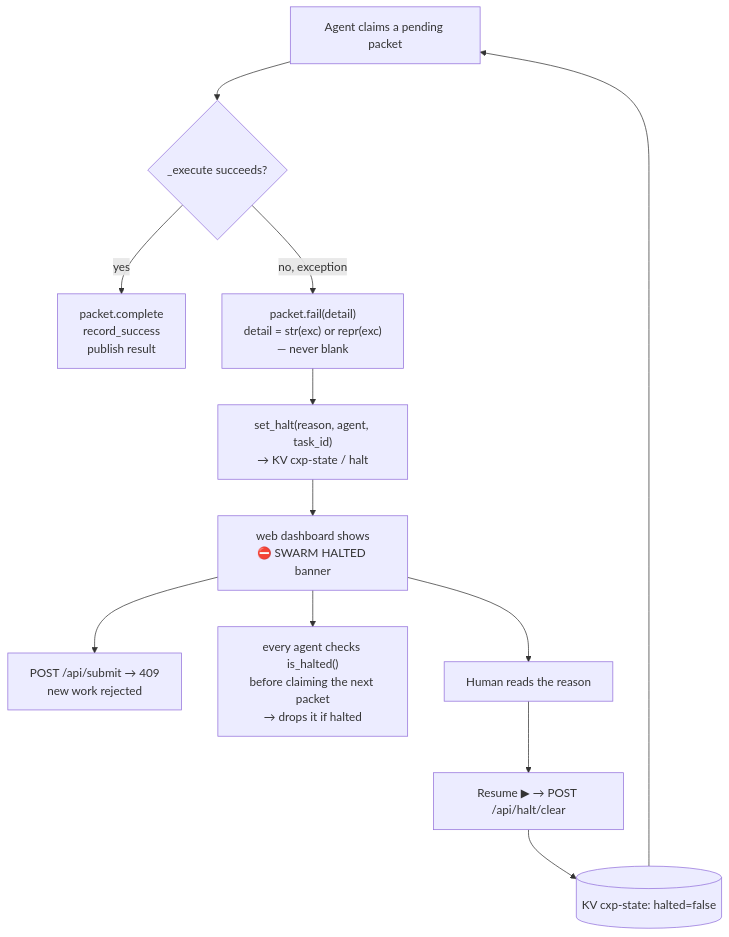
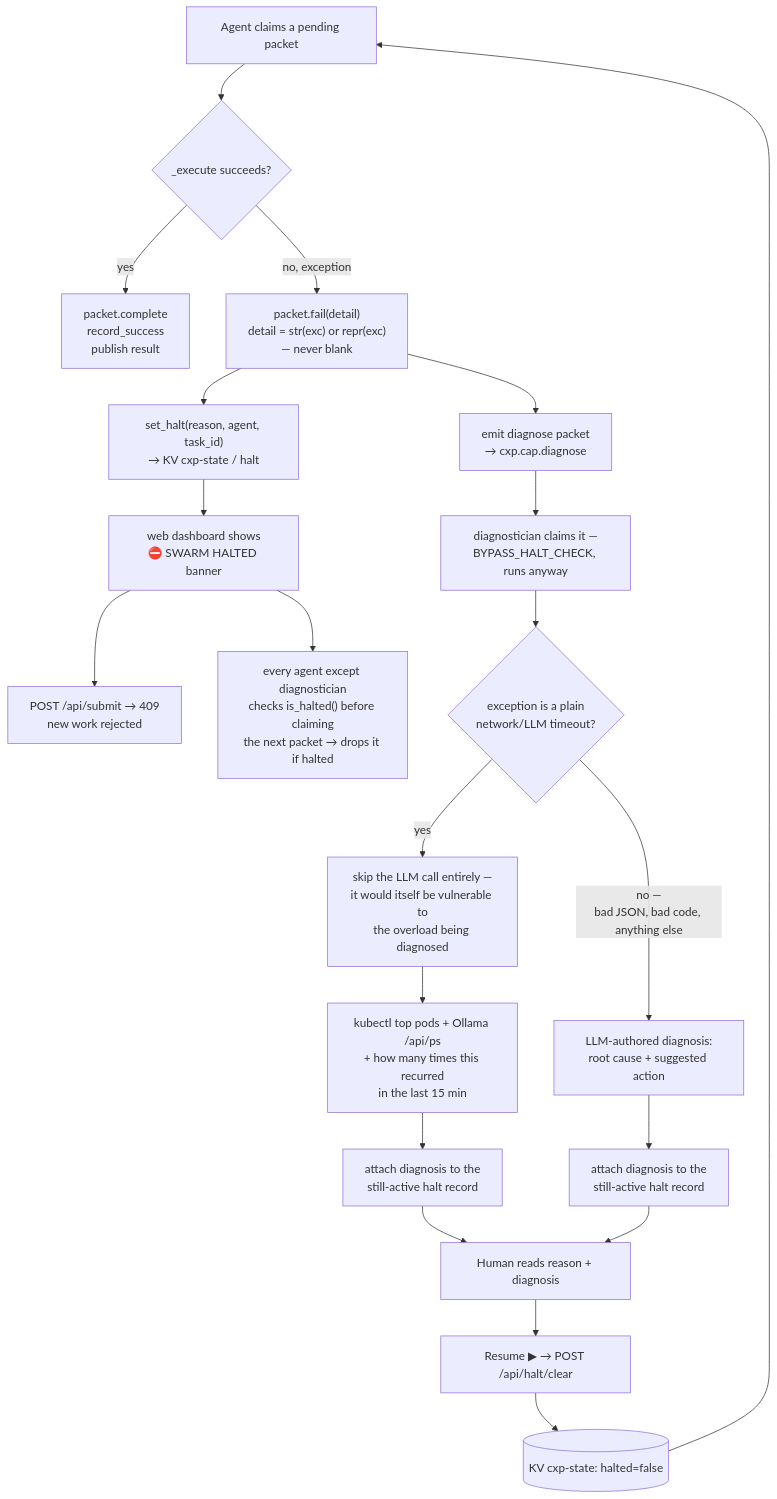
One commit to peterkrentel/cxp changed the third of 4 diagrams in docs/architecture.md. Above: the diagram before and after it, drawn with Mermaid. The commit also changed other lines of this file and 7 other files, not shown here.

````diff
--- a/docs/architecture.md
+++ b/docs/architecture.md
@@ -135,14 +145,26 @@
 ```mermaid
 flowchart TD
     Start[Agent claims a pending packet] --> Try{_execute succeeds?}
     Try -->|yes| Success[packet.complete<br/>record_success<br/>publish result]
     Try -->|no, exception| Fail["packet.fail(detail)<br/>detail = str(exc) or repr(exc)<br/>— never blank"]
     Fail --> SetHalt["set_halt(reason, agent, task_id)<br/>→ KV cxp-state / halt"]
+    Fail --> EmitDiag["emit diagnose packet<br/>→ cxp.cap.diagnose"]
     SetHalt --> Banner[web dashboard shows<br/>⛔ SWARM HALTED banner]
     Banner --> Block["POST /api/submit → 409<br/>new work rejected"]
-    Banner --> Drop["every agent checks is_halted()<br/>before claiming the next packet<br/>→ drops it if halted"]
-    Banner --> Human[Human reads the reason]
+    Banner --> Drop["every agent except diagnostician<br/>checks is_halted() before claiming<br/>the next packet → drops it if halted"]
+
+    EmitDiag --> Diag[diagnostician claims it —<br/>BYPASS_HALT_CHECK, runs anyway]
+    Diag --> IsTimeout{exception is a plain<br/>network/LLM timeout?}
+    IsTimeout -->|yes| NoLLM["skip the LLM call entirely —<br/>it would itself be vulnerable to<br/>the overload being diagnosed"]
+    NoLLM --> Metrics["kubectl top pods + Ollama /api/ps<br/>+ how many times this recurred<br/>in the last 15 min"]
+    Metrics --> Attach1["attach diagnosis to the<br/>still-active halt record"]
+
+    IsTimeout -->|no —<br/>bad JSON, bad code, anything else| CallLLM[LLM-authored diagnosis:<br/>root cause + suggested action]
+    CallLLM --> Attach2["attach diagnosis to the<br/>still-active halt record"]
+
+    Attach1 --> Human[Human reads reason + diagnosis]
+    Attach2 --> Human
     Human --> Resume["Resume ▶ → POST /api/halt/clear"]
     Resume --> Cleared[("KV cxp-state: halted=false")]
     Cleared --> Start
 ```
````
